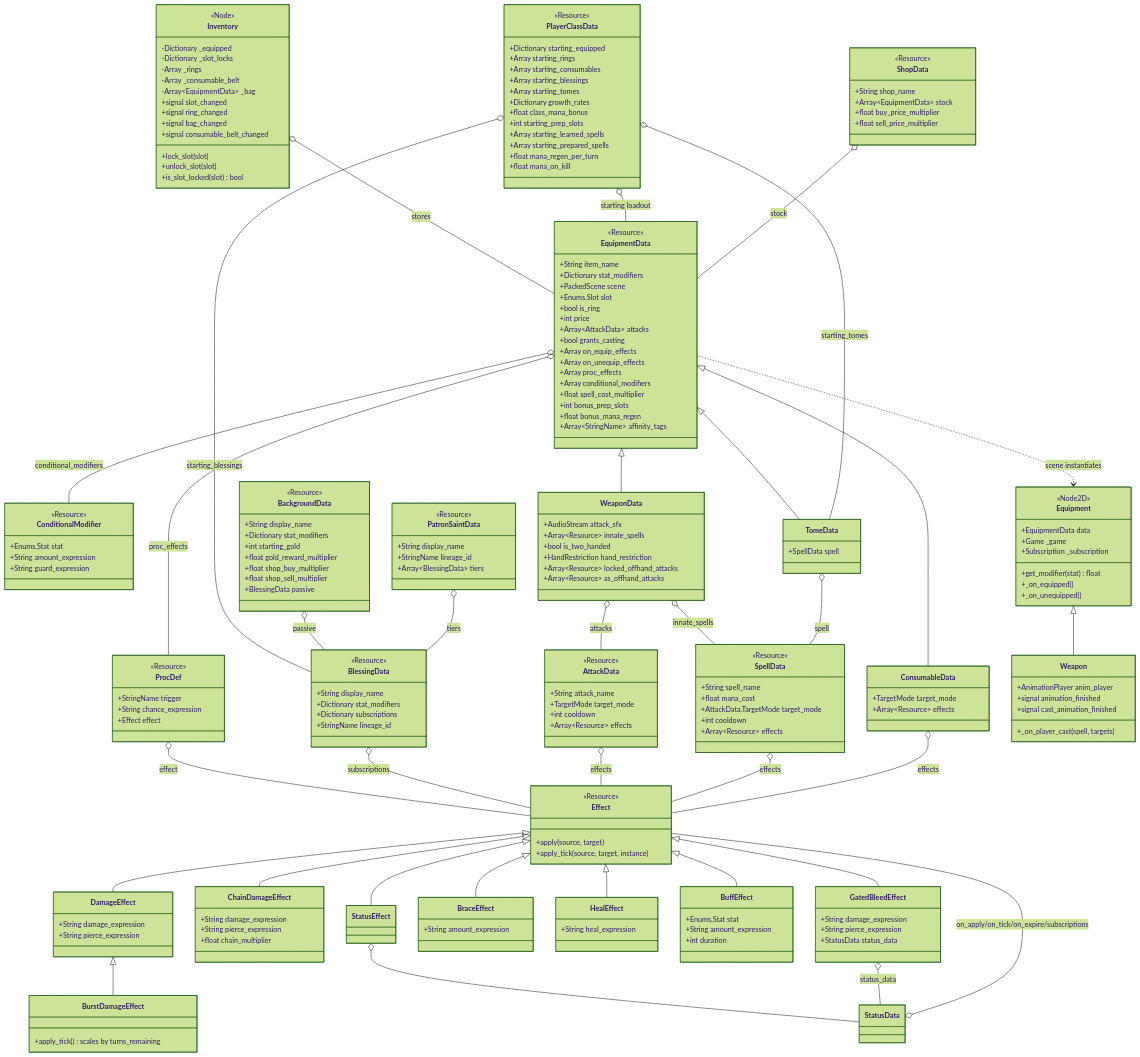
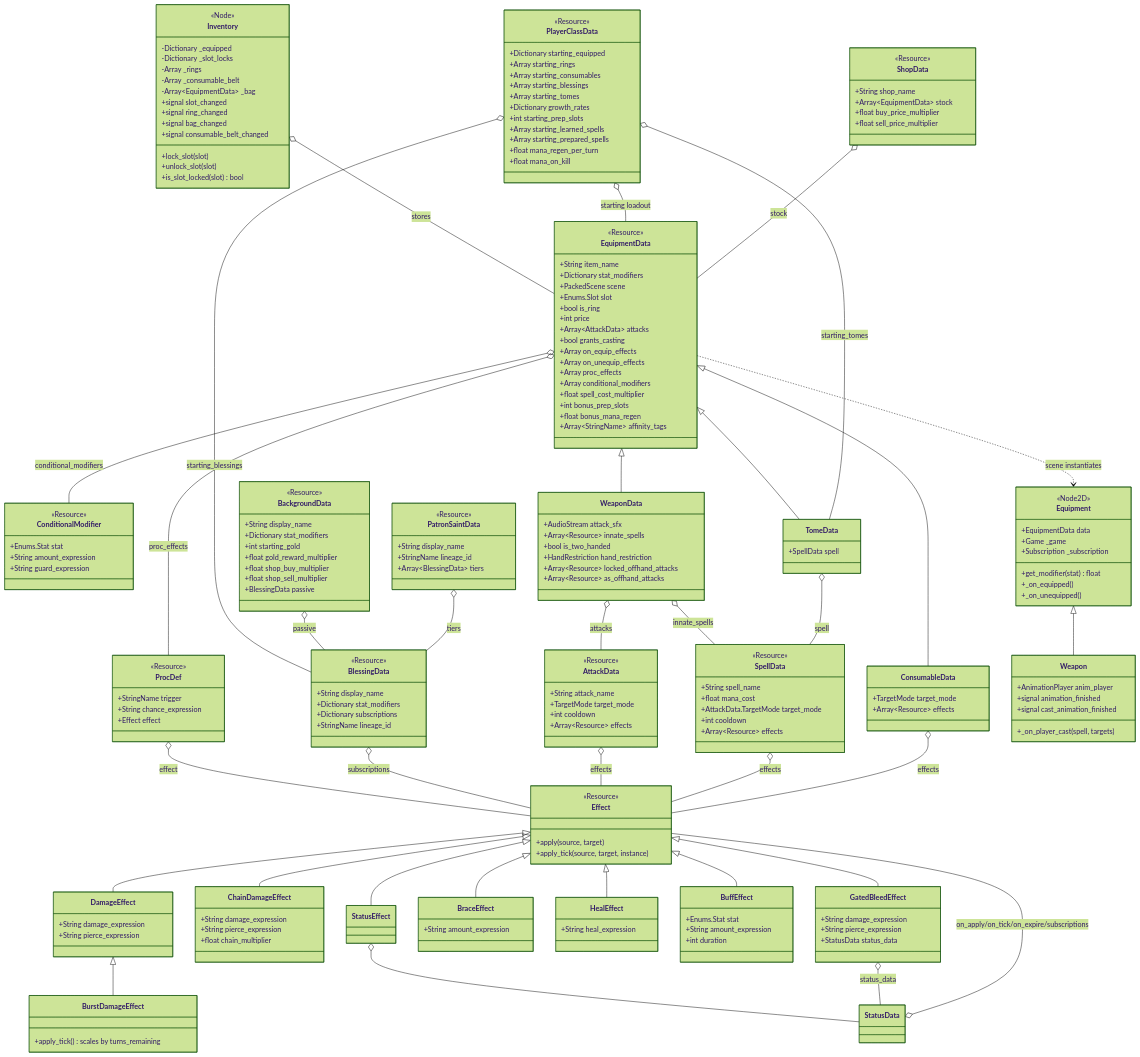
The fourth of 5 diagrams in journal/architecture.md (mjholder/crawler), drawn with Mermaid (forest theme) before and after one commit. The commit also changed 18 other files, not shown here.

```diff
--- a/journal/architecture.md
+++ b/journal/architecture.md
@@ -424,7 +424,6 @@
         +Array starting_blessings
         +Array starting_tomes
         +Dictionary growth_rates
-        +float class_mana_bonus
         +int starting_prep_slots
         +Array starting_learned_spells
         +Array starting_prepared_spells
```
